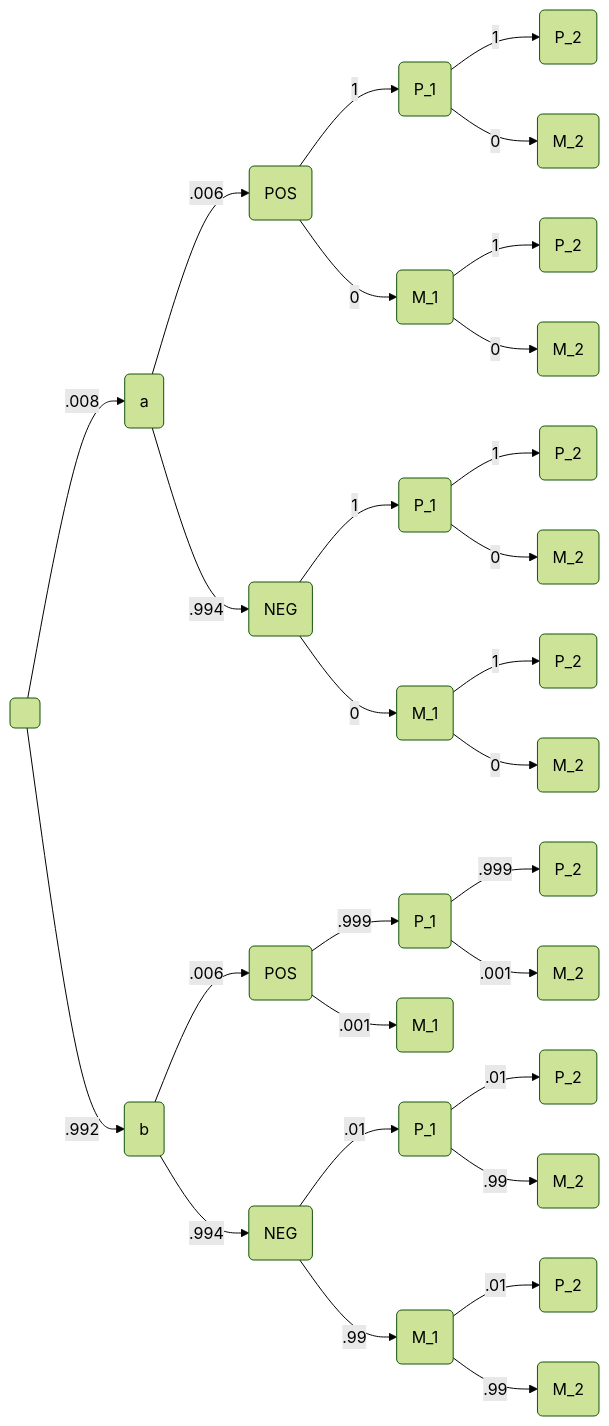
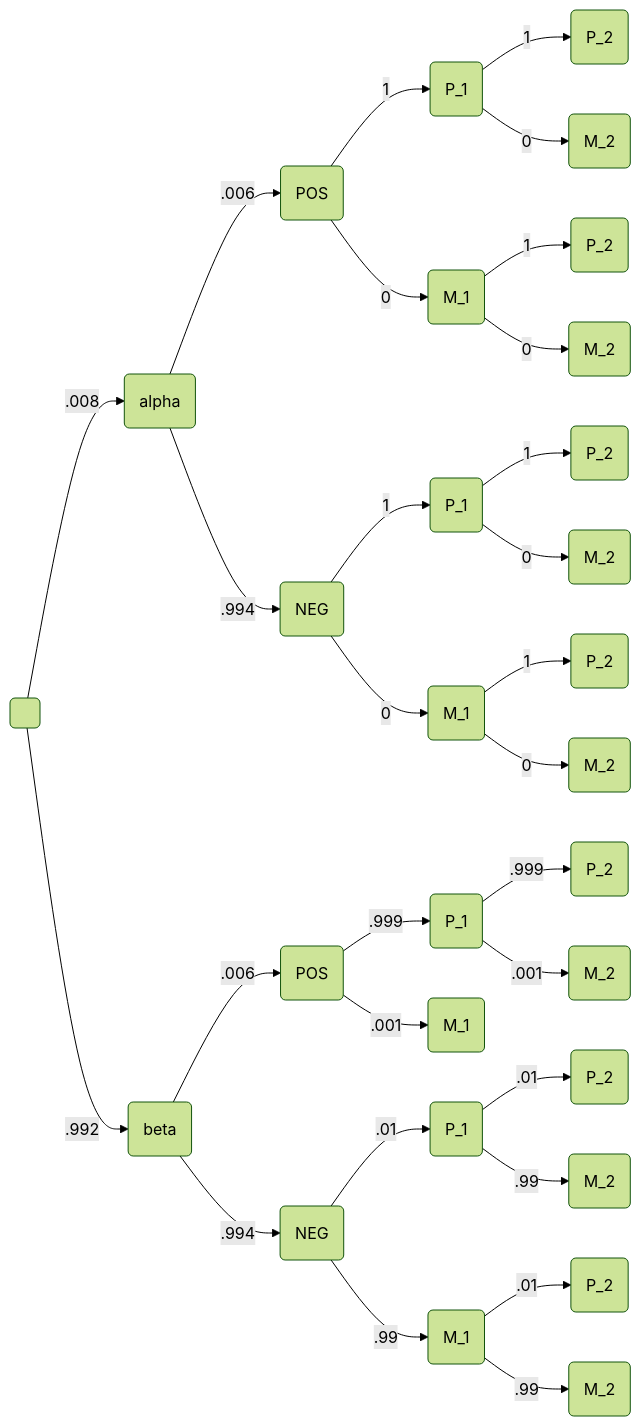
One commit to connor1883/problem-sets changed the second of 2 diagrams in ps2.qmd. Above: the diagram before and after it, drawn with Mermaid (forest theme). The commit also changed other lines of this file and 11 other files, not shown here.

````diff
--- a/ps2.qmd
+++ b/ps2.qmd
@@ -46,32 +45,32 @@
 ```{mermaid}
 graph LR
     A( )
-    A -->|.008| B1(a)
-    A -->|.992| B2(b)
+    A -->|.008| B1(alpha)
+    A -->|.992| B2(beta)
     B1 -->|.006| D1(POS)
     B1 -->|.994| D2(NEG)
     B2 -->|.006| C1(POS)
     B2 -->|.994| C2(NEG)
     D1 -->|1| P1(P_1)
     D1 -->|0| P2(M_1)
     P1 -->|1| R1(P_2)
     P1 -->|0| R2(M_2)
     P2 -->|1| S1(P_2)
     P2 -->|0| S2(M_2)
     D2 -->|1| U1(P_1)
     D2 -->|0| U2(M_1)
     U1 -->|1| V1(P_2)
     U1 -->|0| V2(M_2)
     U2 -->|1| W1(P_2)
     U2 -->|0| W2(M_2)
     C1 -->|.999| E1(P_1)
     C1 -->|.001| E2(M_1)
     E1 -->|.999| Q1(P_2)
     E1 -->|.001| Q2(M_2)
     C2 -->|.01| F1(P_1)
     C2 -->|.99| F2(M_1)
     F1 -->|.01| G1(P_2)
     F1 -->|.99| G2(M_2)
     F2 -->|.01| H1(P_2)
     F2 -->|.99| H2(M_2)
 ```
````
